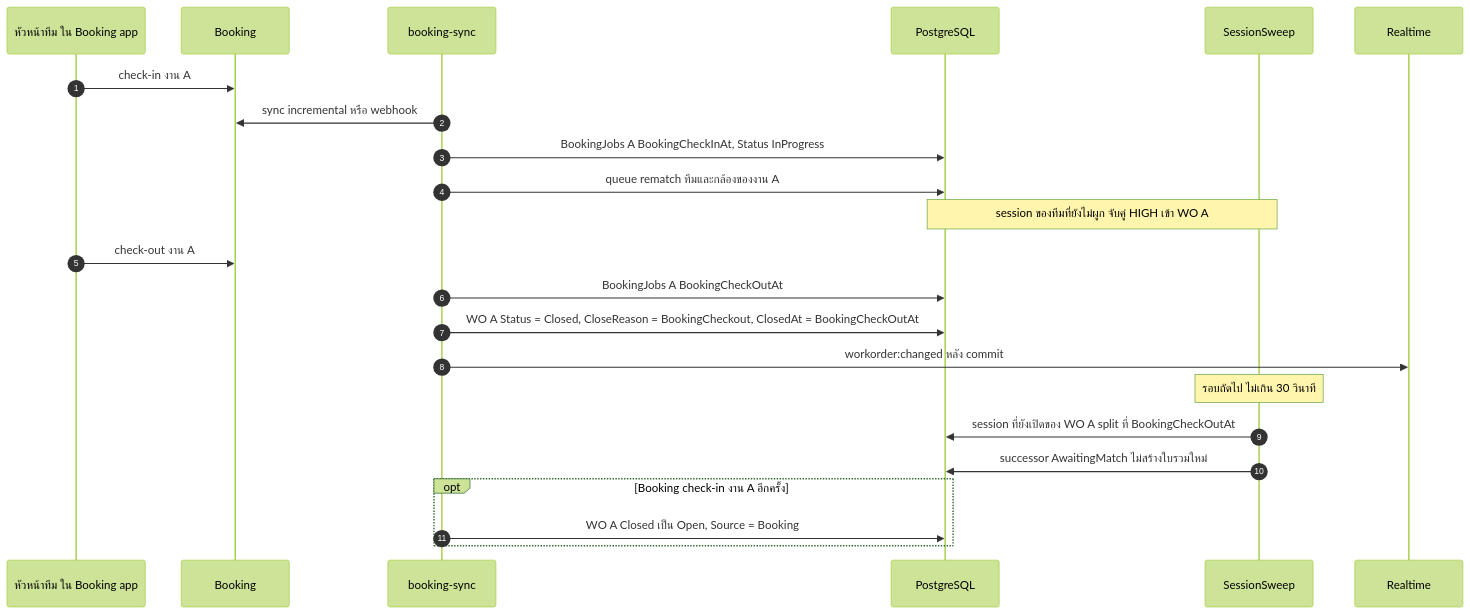
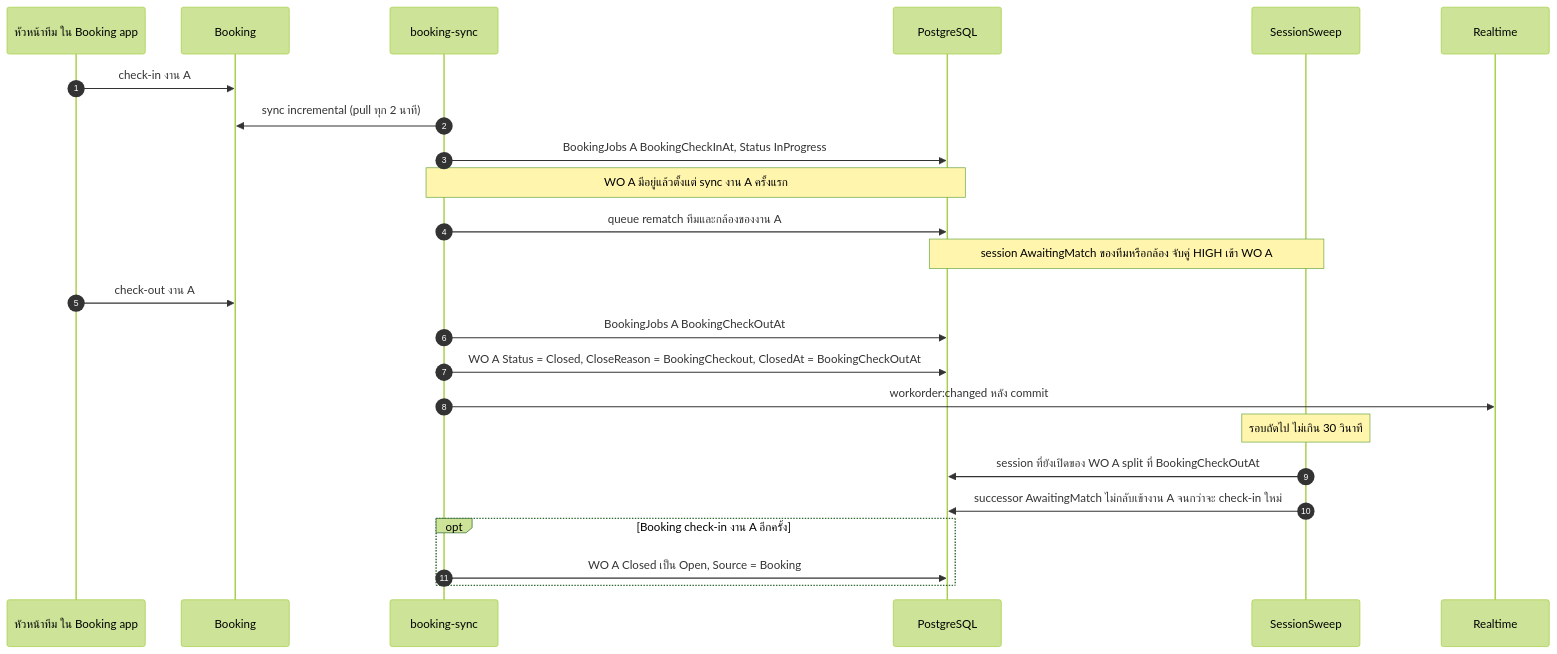
Before and after one commit to b-werayut/psd-bodycam-v1.0: the seventh of 10 diagrams in docs/blueprint/03-business-workflows.md, drawn with Mermaid (forest theme). The commit also changed other lines of this file and 304 other files, not shown here.

````diff
--- a/docs/blueprint/03-business-workflows.md
+++ b/docs/blueprint/03-business-workflows.md
@@ -343,26 +313,27 @@
 ```mermaid
 sequenceDiagram
   autonumber
   participant L as หัวหน้าทีม ใน Booking app
   participant BK as Booking
   participant SY as booking-sync
   participant DB as PostgreSQL
   participant SW as SessionSweep
   participant RT as Realtime
 
   L->>BK: check-in งาน A
-  SY->>BK: sync incremental หรือ webhook
+  SY->>BK: sync incremental (pull ทุก 2 นาที)
   SY->>DB: BookingJobs A BookingCheckInAt, Status InProgress
+  Note over SY,DB: WO A มีอยู่แล้วตั้งแต่ sync งาน A ครั้งแรก
   SY->>DB: queue rematch ทีมและกล้องของงาน A
-  Note over SW,DB: session ของทีมที่ยังไม่ผูก จับคู่ HIGH เข้า WO A
+  Note over SW,DB: session AwaitingMatch ของทีมหรือกล้อง จับคู่ HIGH เข้า WO A
   L->>BK: check-out งาน A
   SY->>DB: BookingJobs A BookingCheckOutAt
   SY->>DB: WO A Status = Closed, CloseReason = BookingCheckout, ClosedAt = BookingCheckOutAt
   SY->>RT: workorder:changed หลัง commit
   Note over SW: รอบถัดไป ไม่เกิน 30 วินาที
   SW->>DB: session ที่ยังเปิดของ WO A split ที่ BookingCheckOutAt
-  SW->>DB: successor AwaitingMatch ไม่สร้างใบรวมใหม่
+  SW->>DB: successor AwaitingMatch ไม่กลับเข้างาน A จนกว่าจะ check-in ใหม่
   opt Booking check-in งาน A อีกครั้ง
     SY->>DB: WO A Closed เป็น Open, Source = Booking
   end
 ```
````
